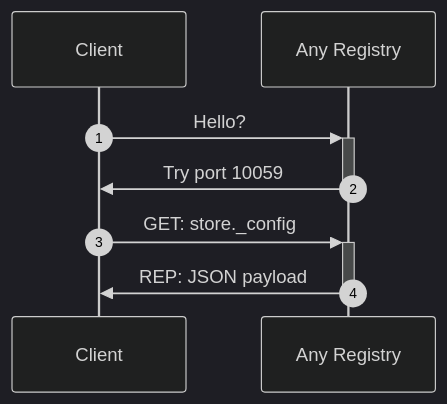
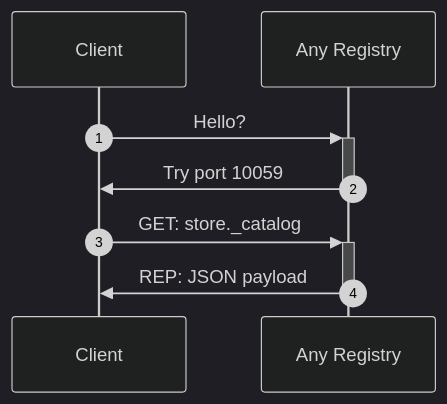
One commit to KeckObservatory/mKTL changed the diagram in doc/protocol_discover_client_broadcast.mmd. Above: the diagram before and after it, drawn with Mermaid (dark theme). The commit also changed 3 other files, not shown here.

Commit message:
_config is now _catalog.

```diff
--- a/doc/protocol_discover_client_broadcast.mmd
+++ b/doc/protocol_discover_client_broadcast.mmd
@@ -1,10 +1,10 @@
 sequenceDiagram
     autonumber
     Participant Client
     Participant Registry as Any Registry
 
     Client->>+Registry: Hello?
     Registry->>-Client: Try port 10059
 
-    Client->>+Registry: GET: store._config
+    Client->>+Registry: GET: store._catalog
     Registry->>-Client: REP: JSON payload
```
